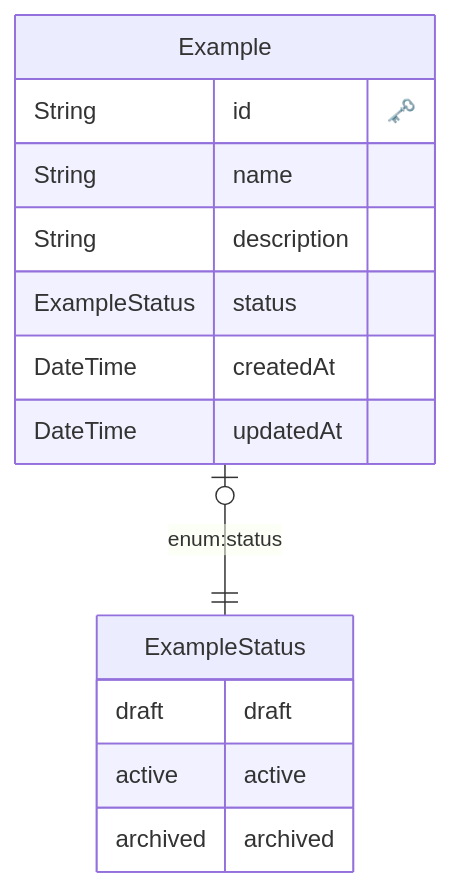
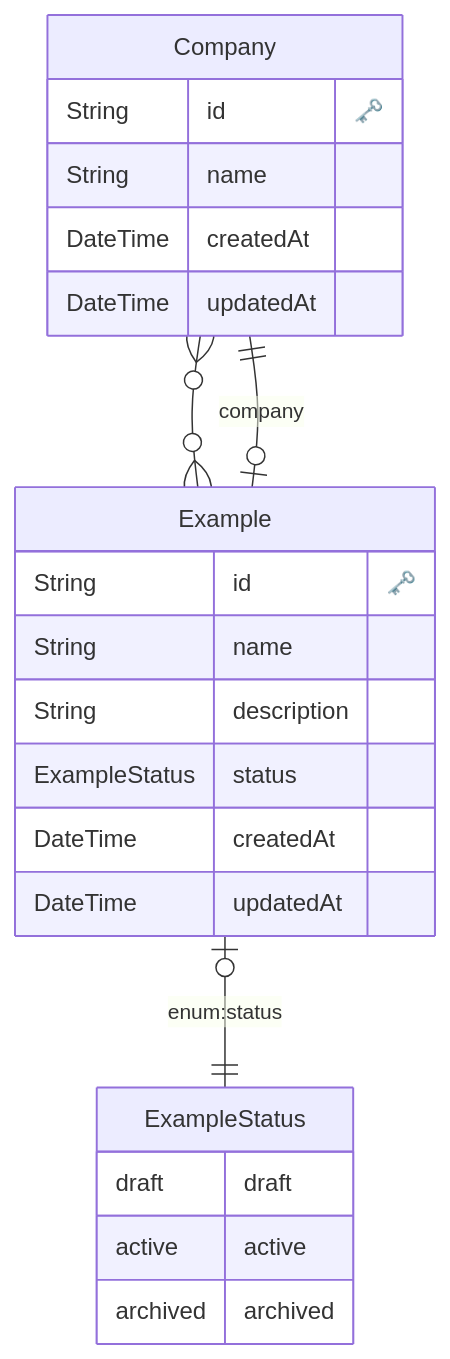
Before and after one commit to Jeremy-Fleury/saas-boilerplate: the diagram in README_DATABASE.md, drawn with Mermaid. The commit also changed 48 other files, not shown here.

````diff
--- a/README_DATABASE.md
+++ b/README_DATABASE.md
@@ -1,20 +1,30 @@
 ```mermaid
 erDiagram
 
         ExampleStatus {
             draft draft
 active active
 archived archived
         }
     
+  "Company" {
+    String id "🗝️"
+    String name 
+    DateTime createdAt 
+    DateTime updatedAt 
+    }
+  
+
   "Example" {
     String id "🗝️"
     String name 
     String description 
     ExampleStatus status 
     DateTime createdAt 
     DateTime updatedAt 
     }
   
+    "Company" o{--}o "Example" : ""
     "Example" o|--|| "ExampleStatus" : "enum:status"
+    "Example" o|--|| "Company" : "company"
 ```
````
